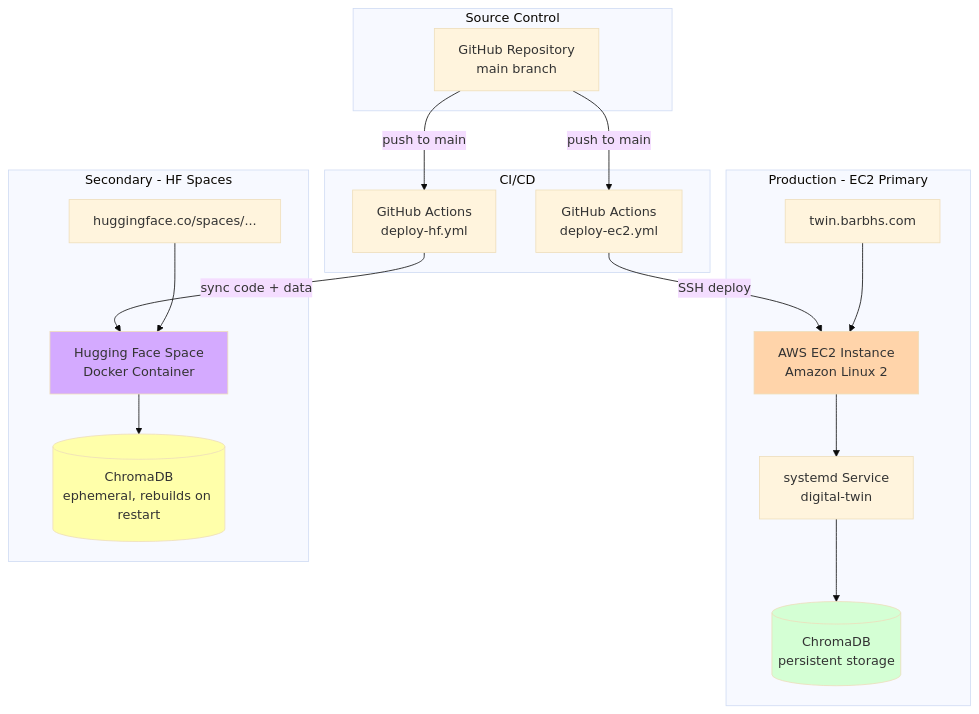
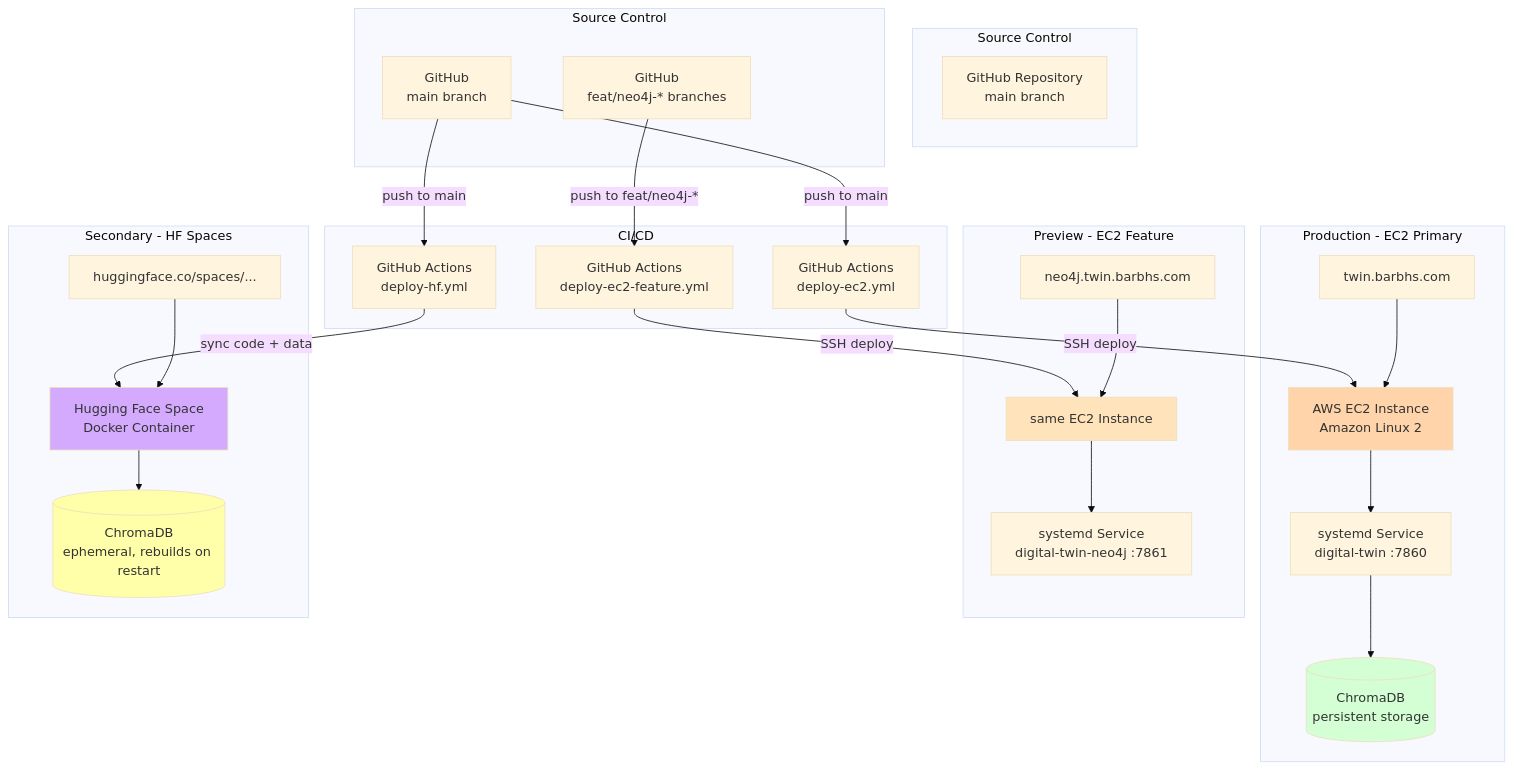
The diagram in docs/MAINTAINER_GUIDE.md (dagny099/barbs-digital-twin), drawn with Mermaid (base theme) before and after one commit. The commit also changed other lines of this file and 1 other file, not shown here.

First line of the commit message:
Add feat/neo4j-* preview deployment workflow

````diff
--- a/docs/MAINTAINER_GUIDE.md
+++ b/docs/MAINTAINER_GUIDE.md
@@ -19,41 +19,59 @@
 ```mermaid
 graph TB
     subgraph "Source Control"
         GH[GitHub Repository<br/>main branch]
     end
 
+    subgraph "Source Control"
+        GH_MAIN[GitHub<br/>main branch]
+        GH_FEAT[GitHub<br/>feat/neo4j-* branches]
+    end
+
     subgraph "CI/CD"
         GHA1[GitHub Actions<br/>deploy-ec2.yml]
         GHA2[GitHub Actions<br/>deploy-hf.yml]
+        GHA3[GitHub Actions<br/>deploy-ec2-feature.yml]
     end
 
     subgraph "Production - EC2 Primary"
         EC2[AWS EC2 Instance<br/>Amazon Linux 2]
-        SYS[systemd Service<br/>digital-twin]
+        SYS[systemd Service<br/>digital-twin :7860]
         CHROMA1[(ChromaDB<br/>persistent storage)]
         DNS1[twin.barbhs.com]
+    end
+
+    subgraph "Preview - EC2 Feature"
+        EC2_F[same EC2 Instance]
+        SYS_F[systemd Service<br/>digital-twin-neo4j :7861]
+        DNS3[neo4j.twin.barbhs.com]
     end
 
     subgraph "Secondary - HF Spaces"
         HF[Hugging Face Space<br/>Docker Container]
         CHROMA2[(ChromaDB<br/>ephemeral, rebuilds on restart)]
         DNS2[huggingface.co/spaces/...]
     end
 
-    GH -->|push to main| GHA1
-    GH -->|push to main| GHA2
+    GH_MAIN -->|push to main| GHA1
+    GH_MAIN -->|push to main| GHA2
+    GH_FEAT -->|push to feat/neo4j-*| GHA3
 
     GHA1 -->|SSH deploy| EC2
     EC2 --> SYS
     SYS --> CHROMA1
     DNS1 --> EC2
 
+    GHA3 -->|SSH deploy| EC2_F
+    EC2_F --> SYS_F
+    DNS3 --> EC2_F
+
     GHA2 -->|sync code + data| HF
     HF --> CHROMA2
     DNS2 --> HF
 
     style EC2 fill:#ffd4aa
+    style EC2_F fill:#ffe4bb
     style HF fill:#d4aaff
     style CHROMA1 fill:#d4ffd4
     style CHROMA2 fill:#ffffaa
 ```
````
